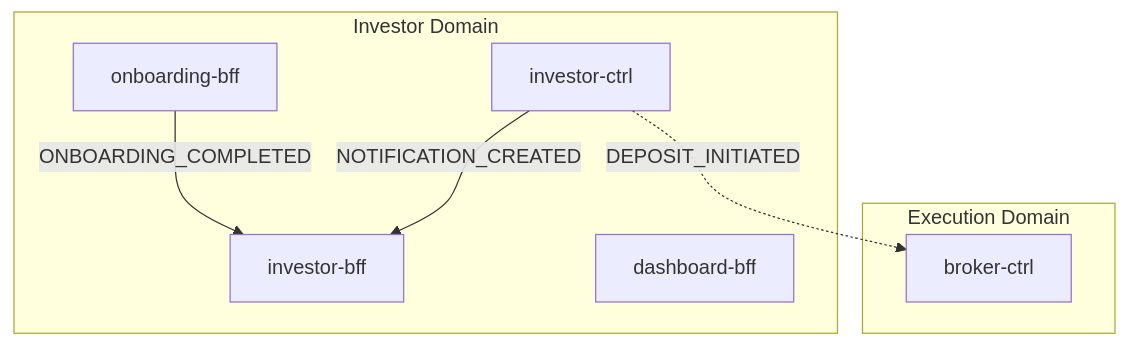
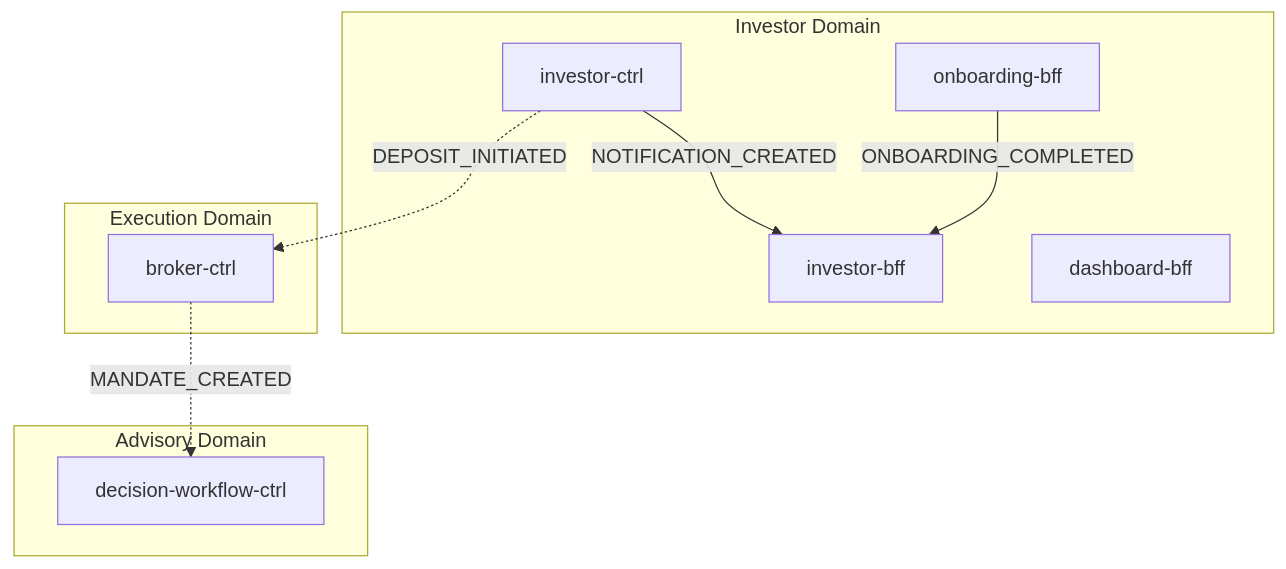
Before and after one commit to fabio-vitali/nestfolio: the first of 2 diagrams in docs/data-flows/investor-onboarding.md, drawn with Mermaid. The commit also changed other lines of this file and 40 other files, not shown here.

````diff
--- a/docs/data-flows/investor-onboarding.md
+++ b/docs/data-flows/investor-onboarding.md
@@ -11,15 +11,19 @@
 ```mermaid
 flowchart TD
     subgraph investor["Investor Domain"]
         onboarding_bff["onboarding-bff"]
         investor_bff["investor-bff"]
         investor_ctrl["investor-ctrl"]
         dashboard_bff["dashboard-bff"]
     end
     subgraph execution["Execution Domain"]
         broker_ctrl["broker-ctrl"]
     end
+    subgraph advisory["Advisory Domain"]
+        decision_workflow_ctrl["decision-workflow-ctrl"]
+    end
     onboarding_bff -->|"ONBOARDING_COMPLETED"| investor_bff
     investor_ctrl -->|"NOTIFICATION_CREATED"| investor_bff
     investor_ctrl -.->|"DEPOSIT_INITIATED"| broker_ctrl
+    broker_ctrl -.->|"MANDATE_CREATED"| decision_workflow_ctrl
 ```
````
